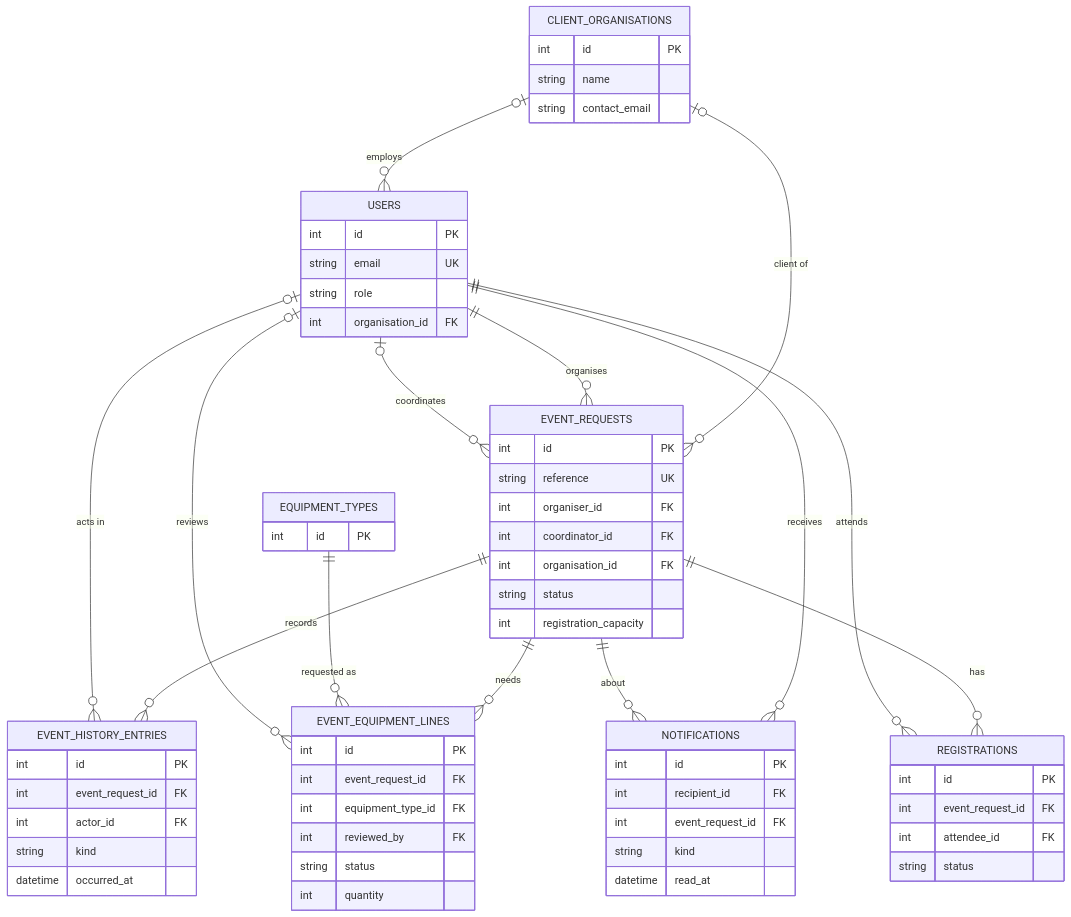
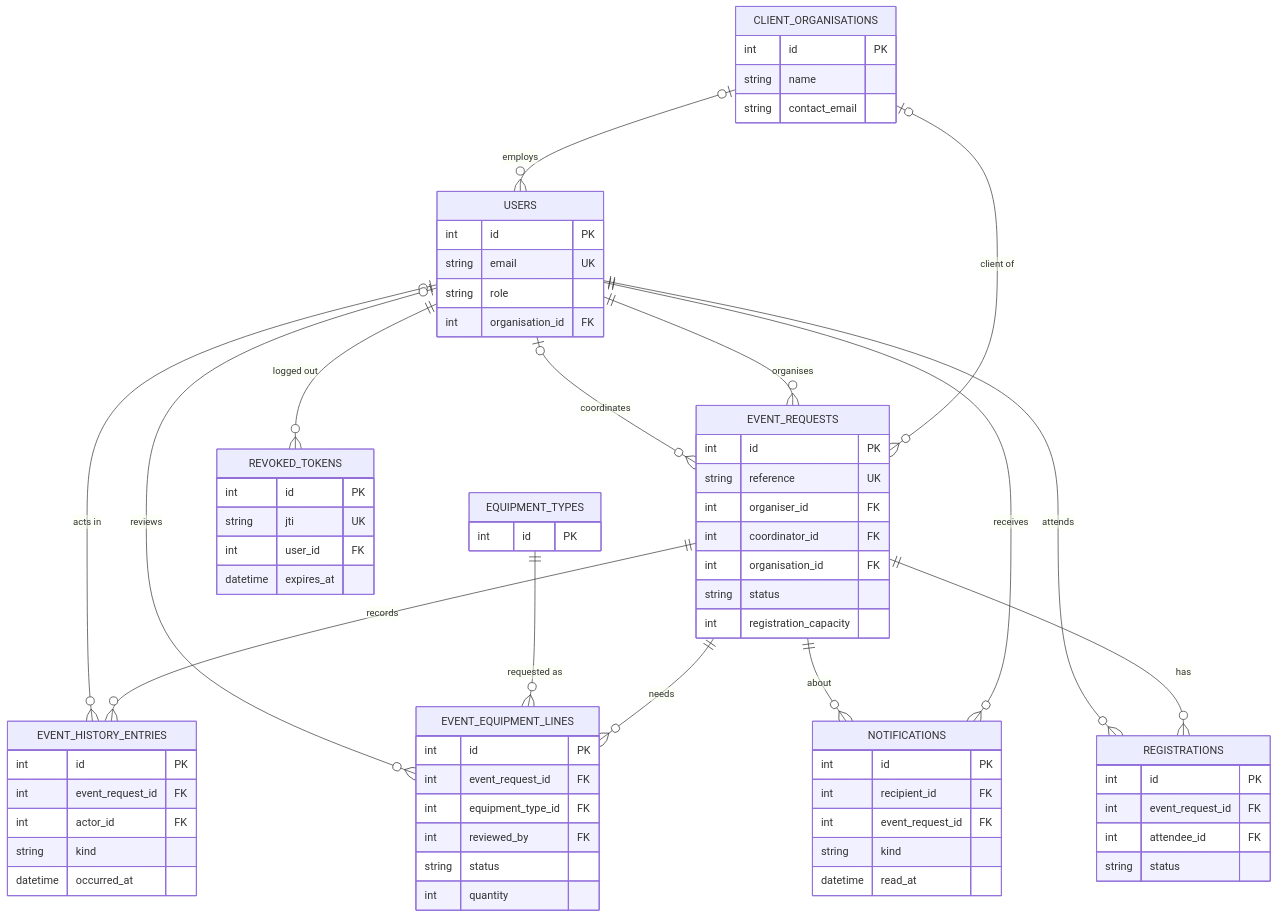
Before and after one commit to cheekfg897/SPM-Software-Project-Management-: the first of 3 diagrams in docs/architecture/05-er-diagram.md, drawn with Mermaid. The commit also changed other lines of this file and 7 other files, not shown here.

First line of the commit message:
docs(SCRUM-78): draw what main gained since 27 Oct in the architecture diagrams

````diff
--- a/docs/architecture/05-er-diagram.md
+++ b/docs/architecture/05-er-diagram.md
@@ -9,68 +11,75 @@
 ```mermaid
 erDiagram
   CLIENT_ORGANISATIONS |o--o{ USERS : "employs"
   CLIENT_ORGANISATIONS |o--o{ EVENT_REQUESTS : "client of"
   USERS ||--o{ EVENT_REQUESTS : "organises"
   USERS |o--o{ EVENT_REQUESTS : "coordinates"
   EVENT_REQUESTS ||--o{ EVENT_HISTORY_ENTRIES : "records"
   USERS |o--o{ EVENT_HISTORY_ENTRIES : "acts in"
   EVENT_REQUESTS ||--o{ EVENT_EQUIPMENT_LINES : "needs"
   EQUIPMENT_TYPES ||--o{ EVENT_EQUIPMENT_LINES : "requested as"
   USERS |o--o{ EVENT_EQUIPMENT_LINES : "reviews"
   USERS ||--o{ NOTIFICATIONS : "receives"
   EVENT_REQUESTS ||--o{ NOTIFICATIONS : "about"
   EVENT_REQUESTS ||--o{ REGISTRATIONS : "has"
   USERS ||--o{ REGISTRATIONS : "attends"
+  USERS ||--o{ REVOKED_TOKENS : "logged out"
 
   CLIENT_ORGANISATIONS {
     int id PK
     string name
     string contact_email
   }
   USERS {
     int id PK
     string email UK
     string role
     int organisation_id FK
   }
   EVENT_REQUESTS {
     int id PK
     string reference UK
     int organiser_id FK
     int coordinator_id FK
     int organisation_id FK
     string status
     int registration_capacity
   }
   EVENT_HISTORY_ENTRIES {
     int id PK
     int event_request_id FK
     int actor_id FK
     string kind
     datetime occurred_at
   }
   EVENT_EQUIPMENT_LINES {
     int id PK
     int event_request_id FK
     int equipment_type_id FK
     int reviewed_by FK
     string status
     int quantity
   }
   NOTIFICATIONS {
     int id PK
     int recipient_id FK
     int event_request_id FK
     string kind
     datetime read_at
   }
   REGISTRATIONS {
     int id PK
     int event_request_id FK
     int attendee_id FK
     string status
   }
+  REVOKED_TOKENS {
+    int id PK
+    string jti UK
+    int user_id FK
+    datetime expires_at
+  }
   EQUIPMENT_TYPES {
     int id PK
   }
 ```
````
